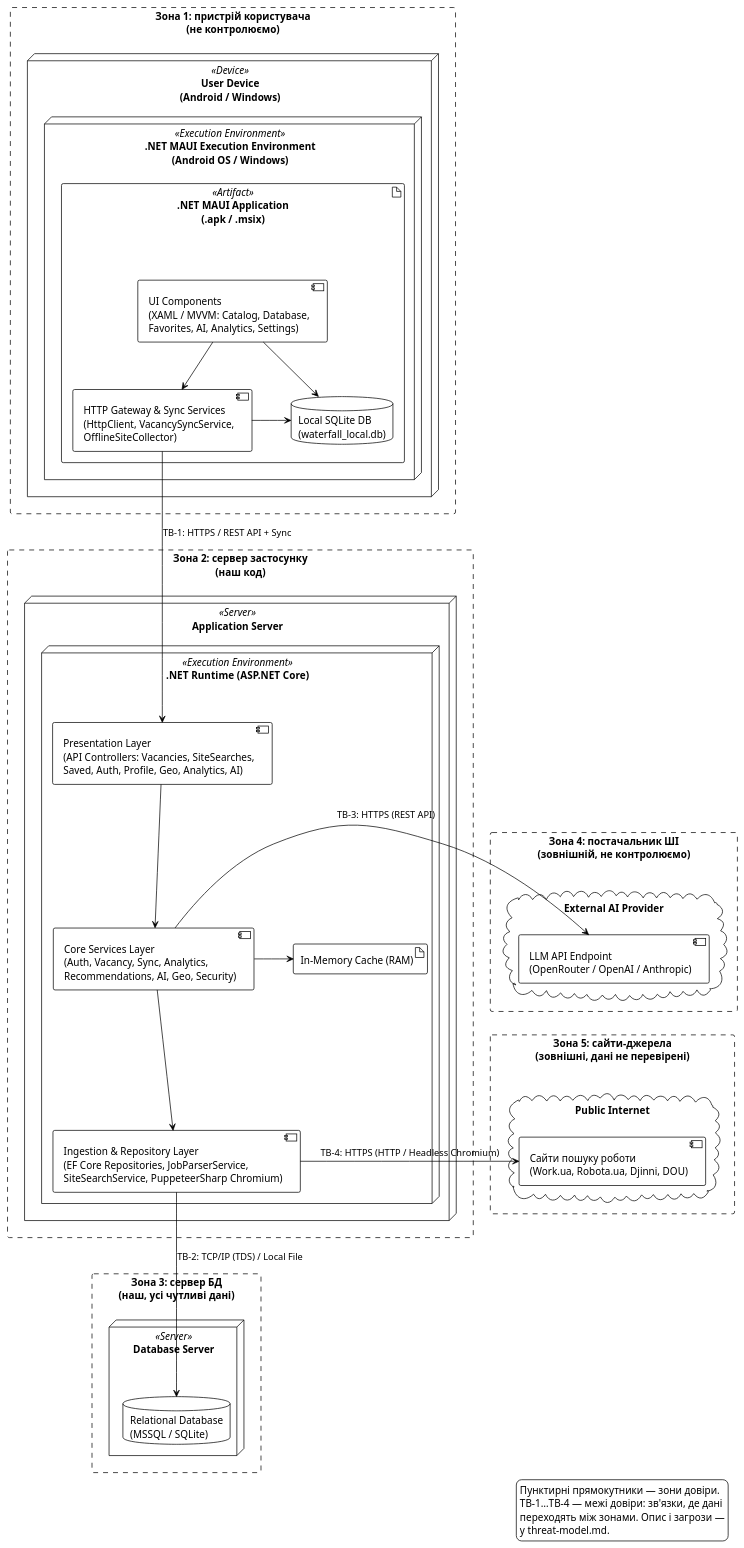
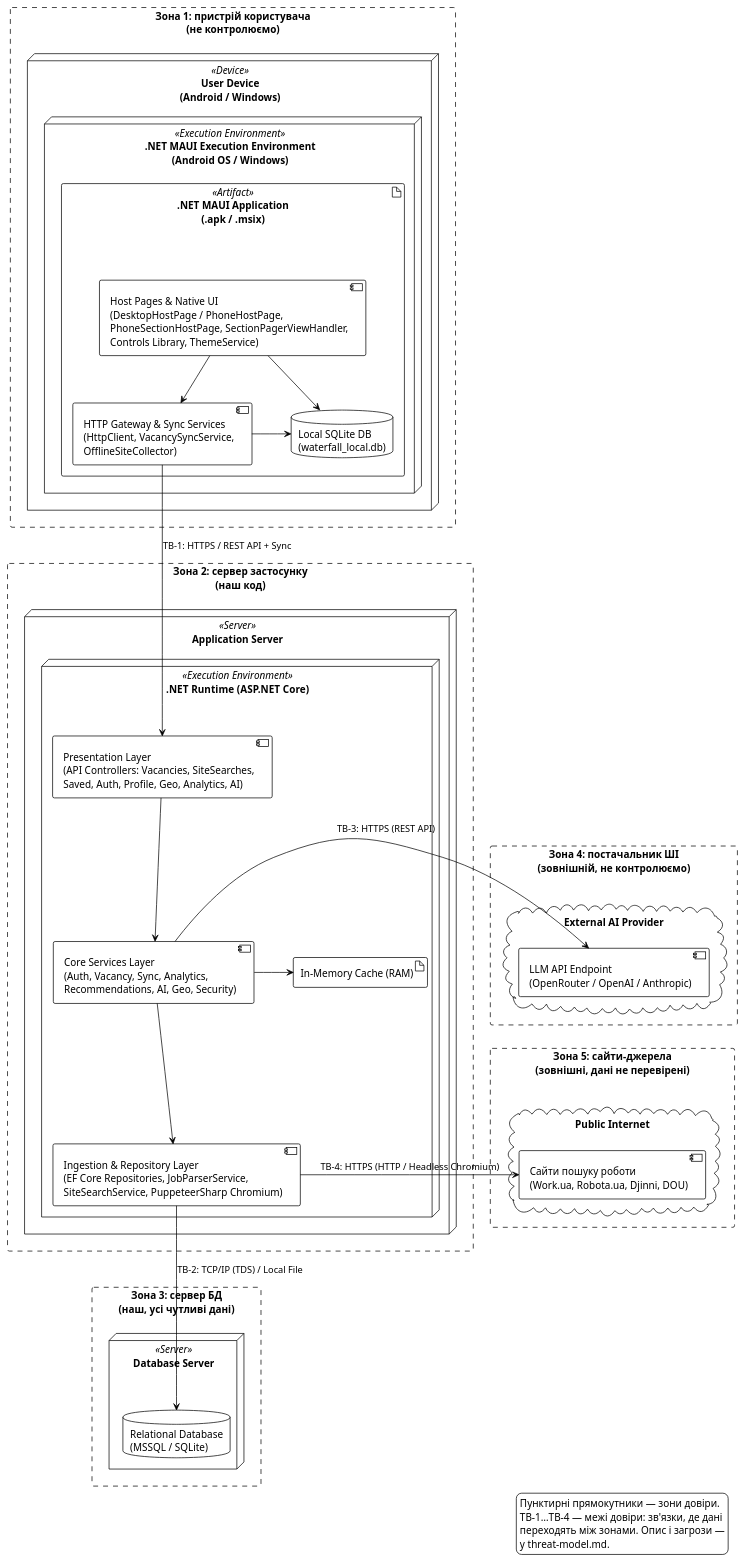
The diagram in docs/architecture/uml/deployment-diagram.puml (ukma-fin-ssdm-2026/waterfall), drawn with PlantUML before and after one commit. The commit also changed 11 other files, not shown here.

First line of the commit message:
docs: sync requirements, architecture and test metrics with the UI redesign

```diff
--- a/docs/architecture/uml/deployment-diagram.puml
+++ b/docs/architecture/uml/deployment-diagram.puml
@@ -2,66 +2,66 @@
 @startuml
 !theme plain
 skinparam nodesep 55
 skinparam ranksep 65
 
 rectangle "Зона 1: пристрій користувача\n(не контролюємо)" as Z1 #line.dashed {
     node "User Device\n(Android / Windows)" <<Device>> {
         node ".NET MAUI Execution Environment\n(Android OS / Windows)" <<Execution Environment>> {
             artifact ".NET MAUI Application\n(.apk / .msix)" <<Artifact>> {
-                component "UI Components\n(XAML / MVVM: Catalog, Database,\nFavorites, AI, Analytics, Settings)" as ClientUI
+                component "Host Pages & Native UI\n(DesktopHostPage / PhoneHostPage,\nPhoneSectionHostPage, SectionPagerViewHandler,\nControls Library, ThemeService)" as ClientUI
                 component "HTTP Gateway & Sync Services\n(HttpClient, VacancySyncService,\nOfflineSiteCollector)" as ClientGateway
                 database "Local SQLite DB\n(waterfall_local.db)" as ClientDB
                 ClientUI -down-> ClientGateway
                 ClientUI -right-> ClientDB
                 ClientGateway -right-> ClientDB
             }
         }
     }
 }
 
 rectangle "Зона 4: постачальник ШІ\n(зовнішній, не контролюємо)" as Z4 #line.dashed {
     cloud "External AI Provider" {
         component "LLM API Endpoint\n(OpenRouter / OpenAI / Anthropic)" as AIEndpoint
     }
 }
 
 rectangle "Зона 2: сервер застосунку\n(наш код)" as Z2 #line.dashed {
     node "Application Server" <<Server>> {
         node ".NET Runtime (ASP.NET Core)" <<Execution Environment>> {
             component "Presentation Layer\n(API Controllers: Vacancies, SiteSearches,\nSaved, Auth, Profile, Geo, Analytics, AI)" as ApiControllers
             component "Core Services Layer\n(Auth, Vacancy, Sync, Analytics,\nRecommendations, AI, Geo, Security)" as CoreServices
             component "Ingestion & Repository Layer\n(EF Core Repositories, JobParserService,\nSiteSearchService, PuppeteerSharp Chromium)" as RepoLayer
             artifact "In-Memory Cache (RAM)" as MemoryCache
 
             ApiControllers -down-> CoreServices
             CoreServices -down-> RepoLayer
             CoreServices -right-> MemoryCache
         }
     }
 }
 
 rectangle "Зона 3: сервер БД\n(наш, усі чутливі дані)" as Z3 #line.dashed {
     node "Database Server" <<Server>> {
         database "Relational Database\n(MSSQL / SQLite)" as DB
     }
 }
 
 rectangle "Зона 5: сайти-джерела\n(зовнішні, дані не перевірені)" as Z5 #line.dashed {
     cloud "Public Internet" {
         component "Сайти пошуку роботи\n(Work.ua, Robota.ua, Djinni, DOU)" as JobSites
     }
 }
 
 ClientGateway -down-> ApiControllers : TB-1: HTTPS / REST API + Sync
 RepoLayer -down-> DB : TB-2: TCP/IP (TDS) / Local File
 CoreServices -left-> AIEndpoint : TB-3: HTTPS (REST API)
 RepoLayer -right-> JobSites : TB-4: HTTPS (HTTP / Headless Chromium)
 
 legend right
   Пунктирні прямокутники — зони довіри.
   TB-1…TB-4 — межі довіри: зв'язки, де дані
   переходять між зонами. Опис і загрози —
   у threat-model.md.
 endlegend
 
 @enduml
```
